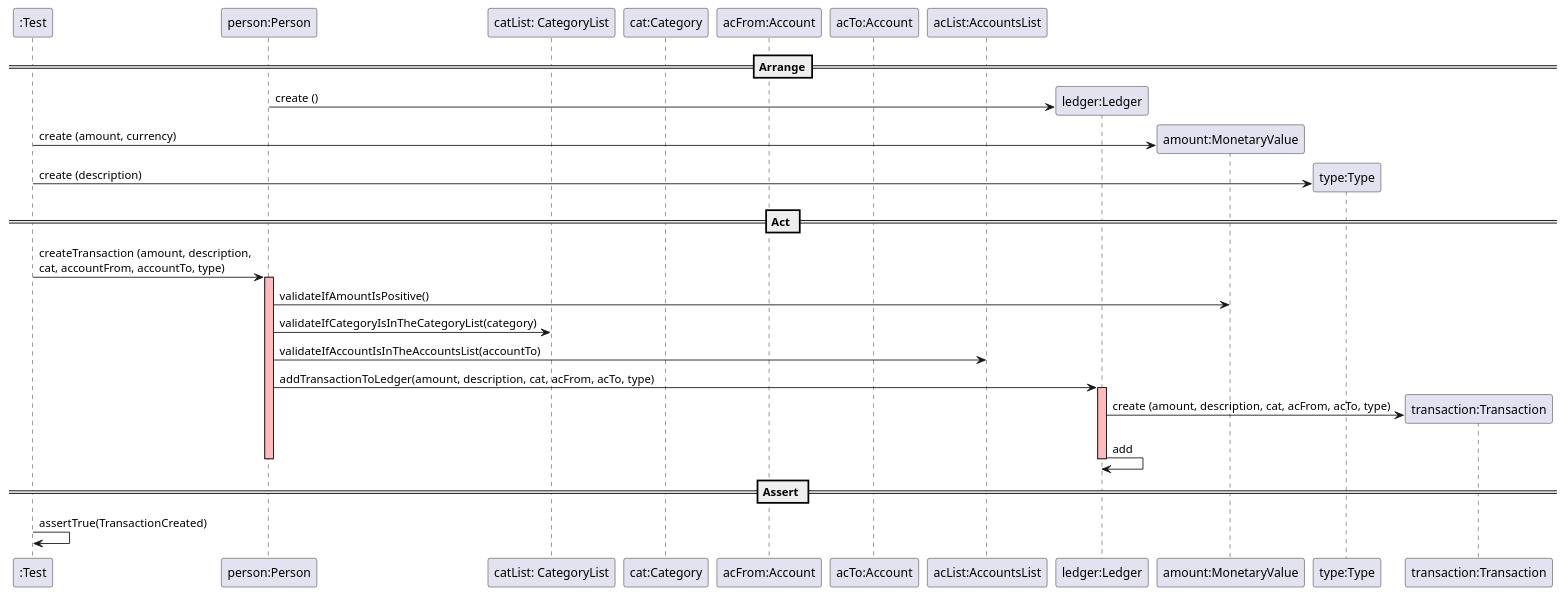
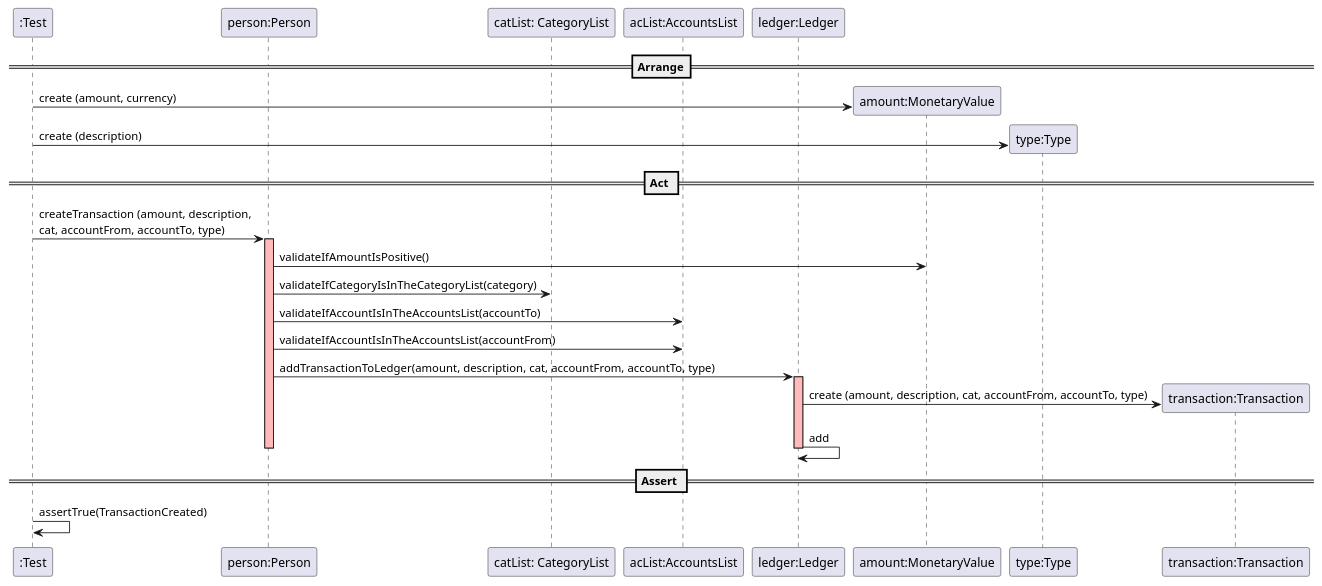
Before and after one commit to mleitaoribeiro/DevOpsMaven: the diagram in docs/SequenceDiagram - UserStory8 - V01.puml, drawn with PlantUML.

```diff
--- a/docs/SequenceDiagram - UserStory8 - V01.puml
+++ b/docs/SequenceDiagram - UserStory8 - V01.puml
@@ -1,45 +1,42 @@
 @startuml
 create ":Test"
 ==Arrange==
 create "person:Person"
 create "catList: CategoryList"
-create "cat:Category"
-create "acFrom:Account"
-create "acTo:Account"
 create "acList:AccountsList"
-
 create "ledger:Ledger"
-"person:Person" -> "ledger:Ledger" : create ()
 
 create "amount:MonetaryValue"
 ":Test" -> "amount:MonetaryValue" : create (amount, currency)
 
 create "type:Type"
 ":Test" -> "type:Type" : create (description)
 
 == Act ==
 
 ":Test" -> "person:Person" : createTransaction (amount, description, \ncat, accountFrom, accountTo, type)
 activate "person:Person"  #FFBBBB
 
 "person:Person" -> "amount:MonetaryValue" : validateIfAmountIsPositive()
 
 "person:Person" -> "catList: CategoryList" : validateIfCategoryIsInTheCategoryList(category)
 
 "person:Person" -> "acList:AccountsList" : validateIfAccountIsInTheAccountsList(accountTo)
 
-"person:Person" -> "ledger:Ledger" : addTransactionToLedger(amount, description, cat, acFrom, acTo, type)
+"person:Person" -> "acList:AccountsList" : validateIfAccountIsInTheAccountsList(accountFrom)
+
+"person:Person" -> "ledger:Ledger" : addTransactionToLedger(amount, description, cat, accountFrom, accountTo, type)
 activate "ledger:Ledger"  #FFBBBB
 
 create "transaction:Transaction"
-"ledger:Ledger" -> "transaction:Transaction" : create (amount, description, cat, acFrom, acTo, type)
+"ledger:Ledger" -> "transaction:Transaction" : create (amount, description, cat, accountFrom, accountTo, type)
 
 "ledger:Ledger" -> "ledger:Ledger": add
 deactivate "ledger:Ledger"  #FFBBBB
 deactivate "person:Person"  #FFBBBB
 
 == Assert ==
 
 ":Test" -> ":Test" : assertTrue(TransactionCreated)
 
 @enduml
```
